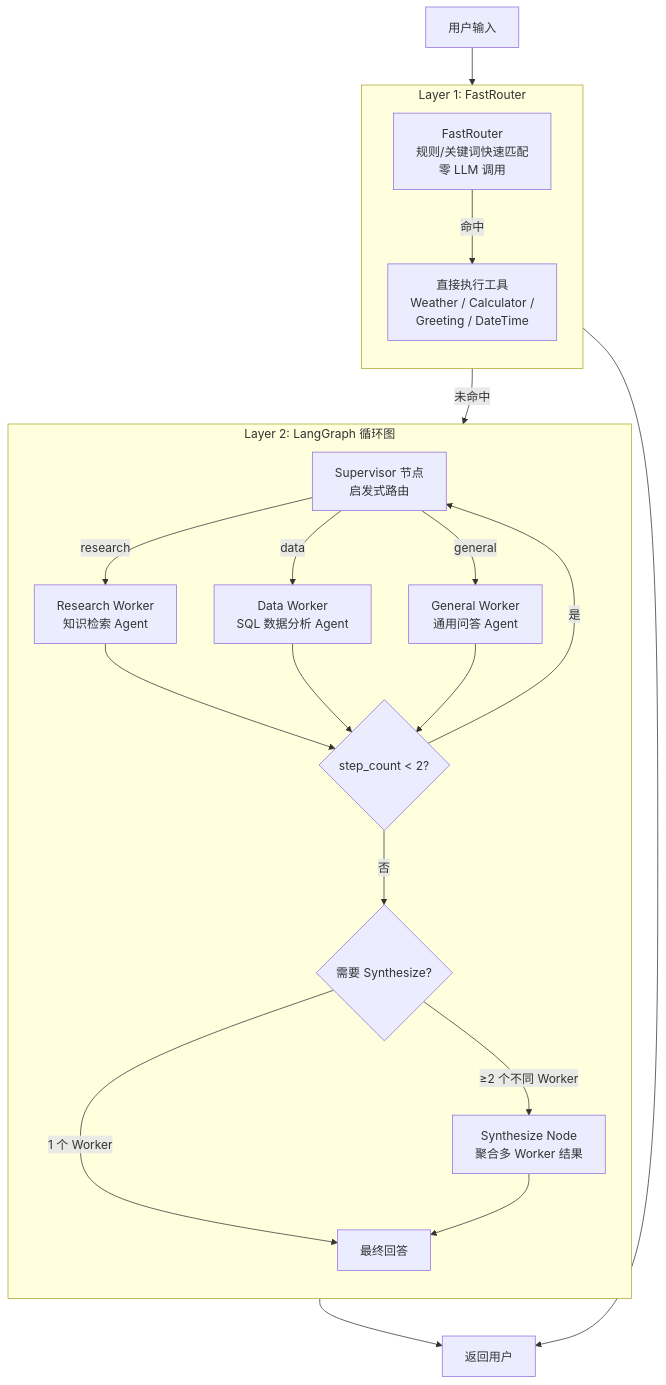
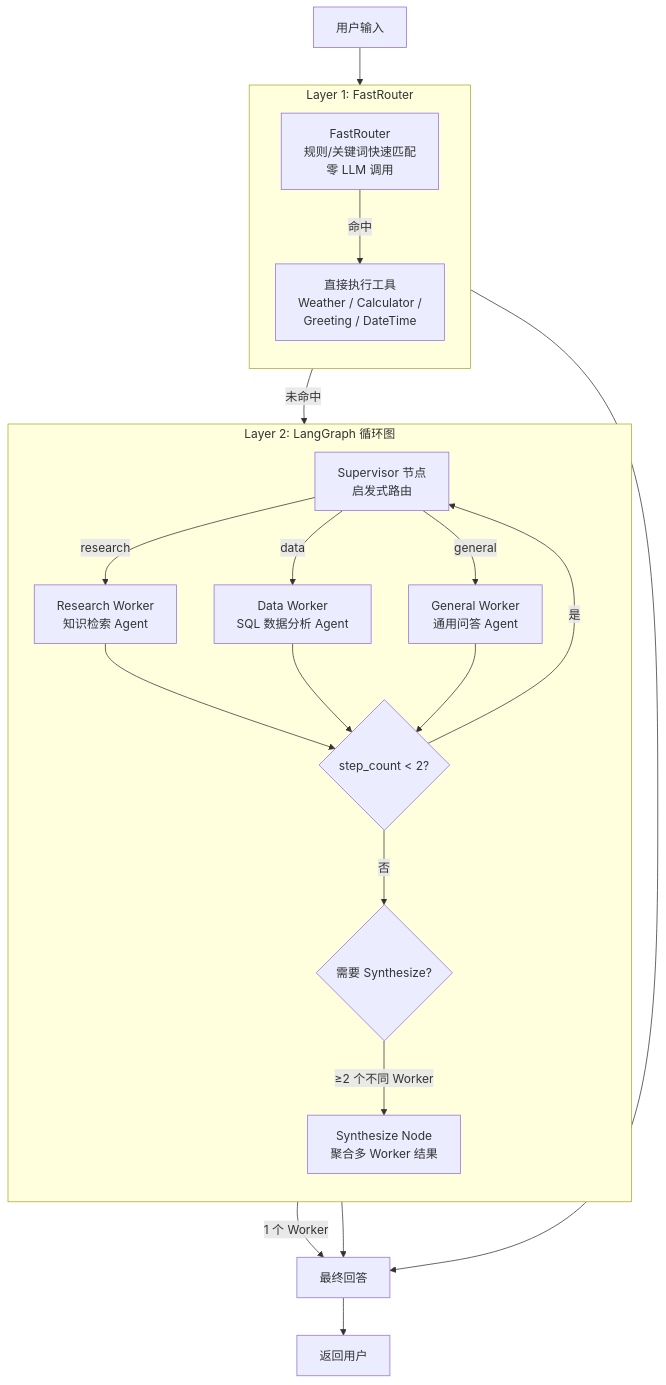
Before and after one commit to 05H-chouwenzi/AI-Agent-Assistant-System: the diagram in README.md, drawn with Mermaid.

Commit message:
docs: refine architecture layout

````diff
--- a/README.md
+++ b/README.md
@@ -24,49 +24,52 @@
 ```mermaid
 flowchart TB
     User["用户输入"] --> FR
     Return["返回用户"]
 
     subgraph Layer1["Layer 1: FastRouter"]
         direction TB
         FR["FastRouter<br/>规则/关键词快速匹配<br/>零 LLM 调用"]
         Tool["直接执行工具<br/>Weather / Calculator /<br/>Greeting / DateTime"]
     end
 
     subgraph Layer2["Layer 2: LangGraph 循环图"]
         direction TB
         SUP["Supervisor 节点<br/>启发式路由"]
 
         RW["Research Worker<br/>知识检索 Agent"]
         DW["Data Worker<br/>SQL 数据分析 Agent"]
         GW["General Worker<br/>通用问答 Agent"]
 
         STEP{"step_count < 2?"}
         SYNQ{"需要 Synthesize?"}
         SYN["Synthesize Node<br/>聚合多 Worker 结果"]
-        FINAL["最终回答"]
     end
 
+    FINAL["最终回答"]
+
     FR -- "命中" --> Tool
-    Tool --> Return
-    Tool ~~~ SUP
-
+    Tool --> FINAL
     FR -- "未命中" --> SUP
 
     SUP -- "research" --> RW
     SUP -- "data" --> DW
     SUP -- "general" --> GW
 
     RW --> STEP
     DW --> STEP
     GW --> STEP
 
     STEP -- "是" --> SUP
     STEP -- "否" --> SYNQ
 
     SYNQ -- "1 个 Worker" --> FINAL
     SYNQ -- "≥2 个不同 Worker" --> SYN
     SYN --> FINAL
 
     FINAL --> Return
 
+    User ~~~ Layer1
+    Layer1 ~~~ Layer2
+    Layer2 ~~~ FINAL
+    FINAL ~~~ Return
 ```
````
